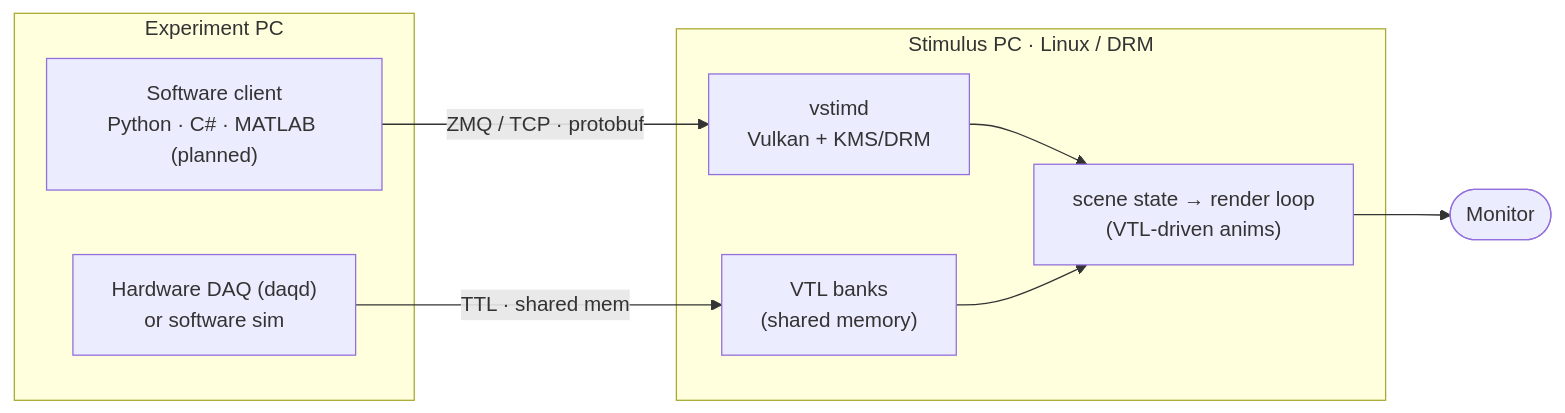
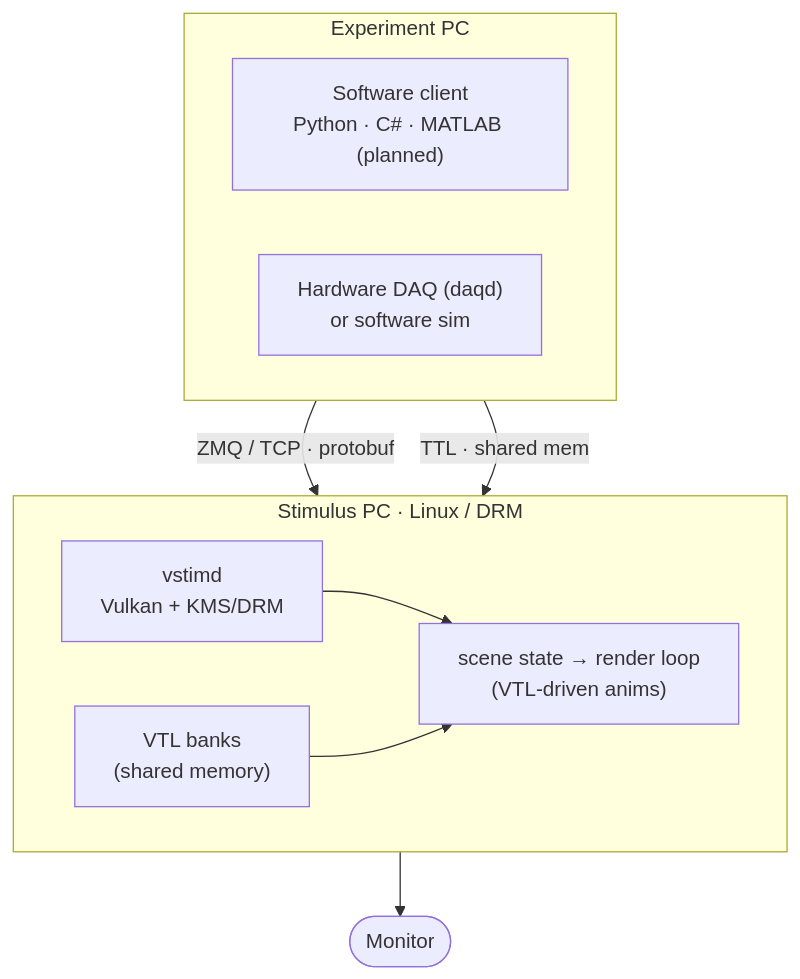
The first of 3 diagrams in docs/index.md (braemons/vstimd), drawn with Mermaid before and after one commit. The commit also changed other lines of this file and 7 other files, not shown here.

First line of the commit message:
docs: convert ASCII diagrams to mermaid, fix wide diagrams, add reference links

````diff
--- a/docs/index.md
+++ b/docs/index.md
@@ -23,17 +23,19 @@
 ```mermaid
-flowchart LR
+flowchart TB
     subgraph EXP["Experiment PC"]
+        direction LR
         client["Software client<br/>Python · C# · MATLAB (planned)"]
         daq["Hardware DAQ (daqd)<br/>or software sim"]
     end
     subgraph STIM["Stimulus PC · Linux / DRM"]
+        direction LR
         vstimd["vstimd<br/>Vulkan + KMS/DRM"]
         vtl["VTL banks<br/>(shared memory)"]
         loop["scene state → render loop<br/>(VTL-driven anims)"]
     end
     client -->|"ZMQ / TCP · protobuf"| vstimd
     daq -->|"TTL · shared mem"| vtl
     vstimd --> loop
     vtl --> loop
     loop --> monitor([Monitor])
 ```
````
